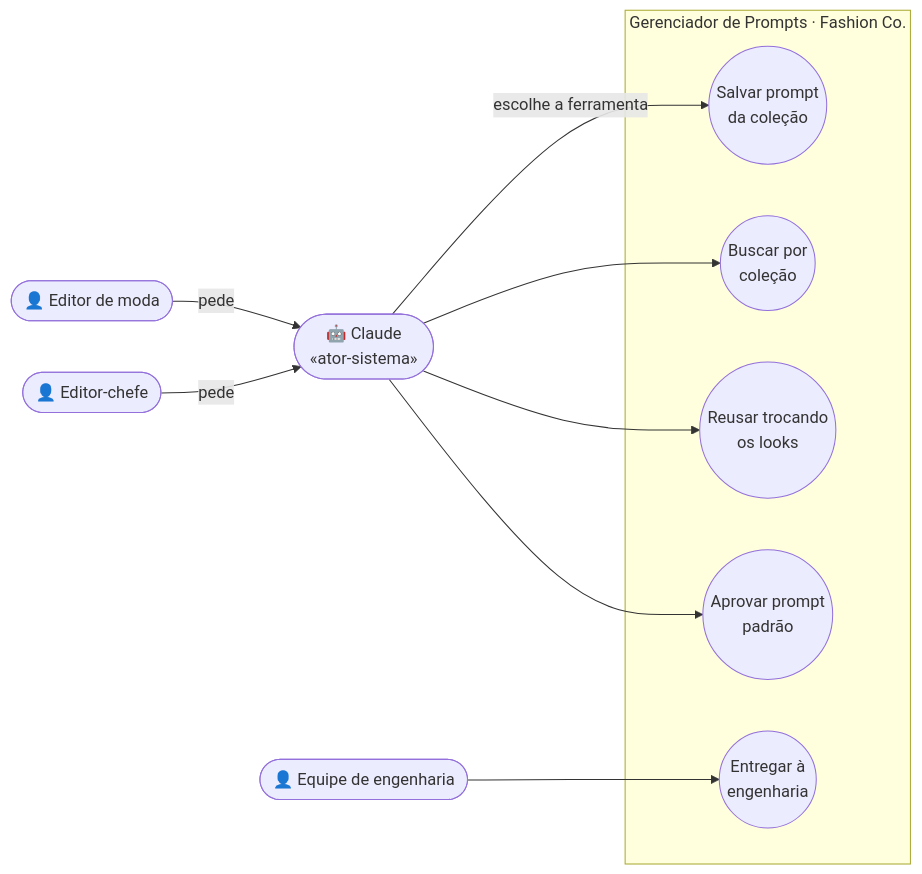
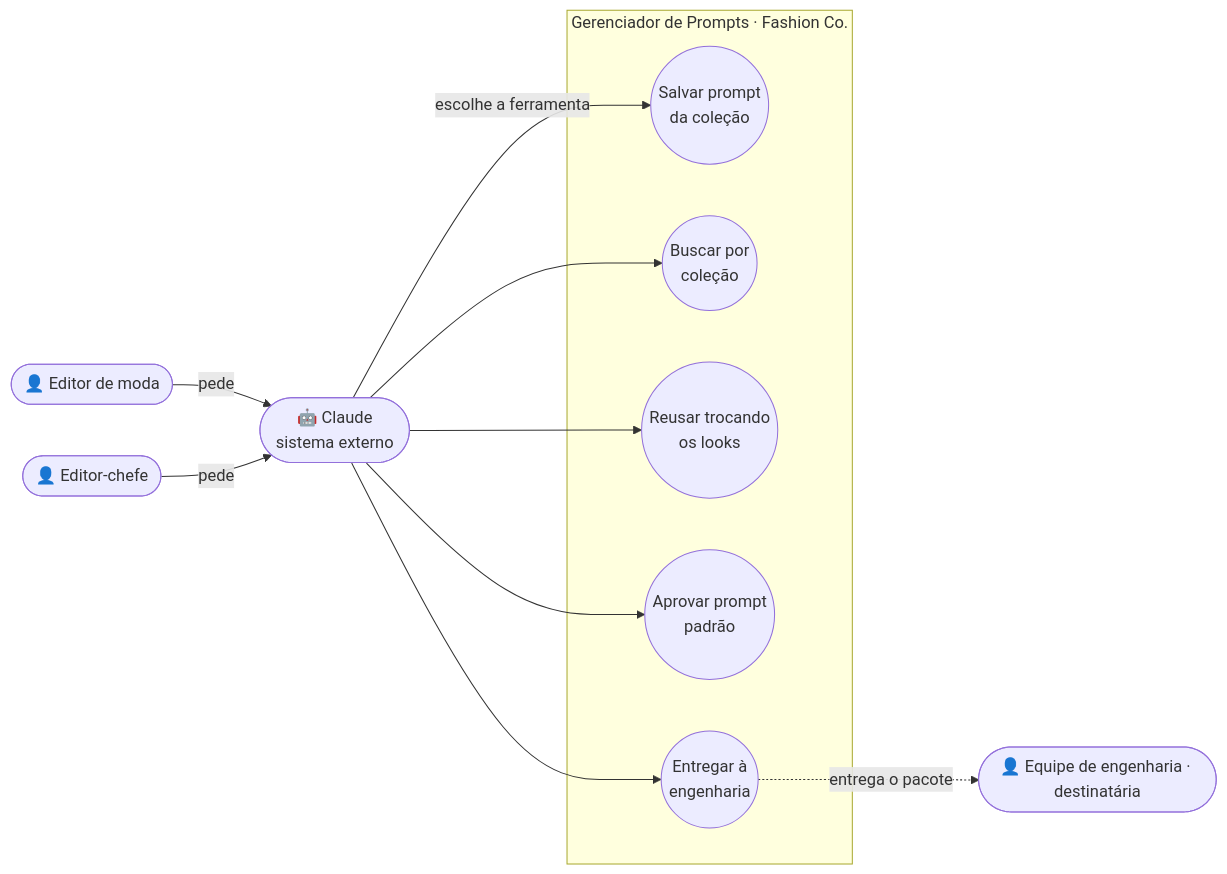
One commit to Silverbullet-live/gerenciador-prompts changed the diagram in docs/02-casos-de-uso.md. Above: the diagram before and after it, drawn with Mermaid. The commit also changed other lines of this file and 5 other files, not shown here.

````diff
--- a/docs/02-casos-de-uso.md
+++ b/docs/02-casos-de-uso.md
@@ -5,23 +5,24 @@
 ```mermaid
 flowchart LR
     Editor(["👤 Editor de moda"])
     Chefe(["👤 Editor-chefe"])
-    Eng(["👤 Equipe de engenharia"])
-    Claude(["🤖 Claude<br/>«ator-sistema»"])
+    Eng(["👤 Equipe de engenharia · destinatária"])
+    Claude(["🤖 Claude<br/>sistema externo"])
 
     subgraph Sistema["Gerenciador de Prompts · Fashion Co."]
         UC1(("Salvar prompt<br/>da coleção"))
         UC2(("Buscar por<br/>coleção"))
         UC3(("Reusar trocando<br/>os looks"))
         UC4(("Aprovar prompt<br/>padrão"))
         UC5(("Entregar à<br/>engenharia"))
     end
 
     Editor -- pede --> Claude
     Chefe -- pede --> Claude
     Claude -- escolhe a ferramenta --> UC1
     Claude --> UC2
     Claude --> UC3
     Claude --> UC4
-    Eng --> UC5
+    Claude --> UC5
+    UC5 -. entrega o pacote .-> Eng
 ```
````
